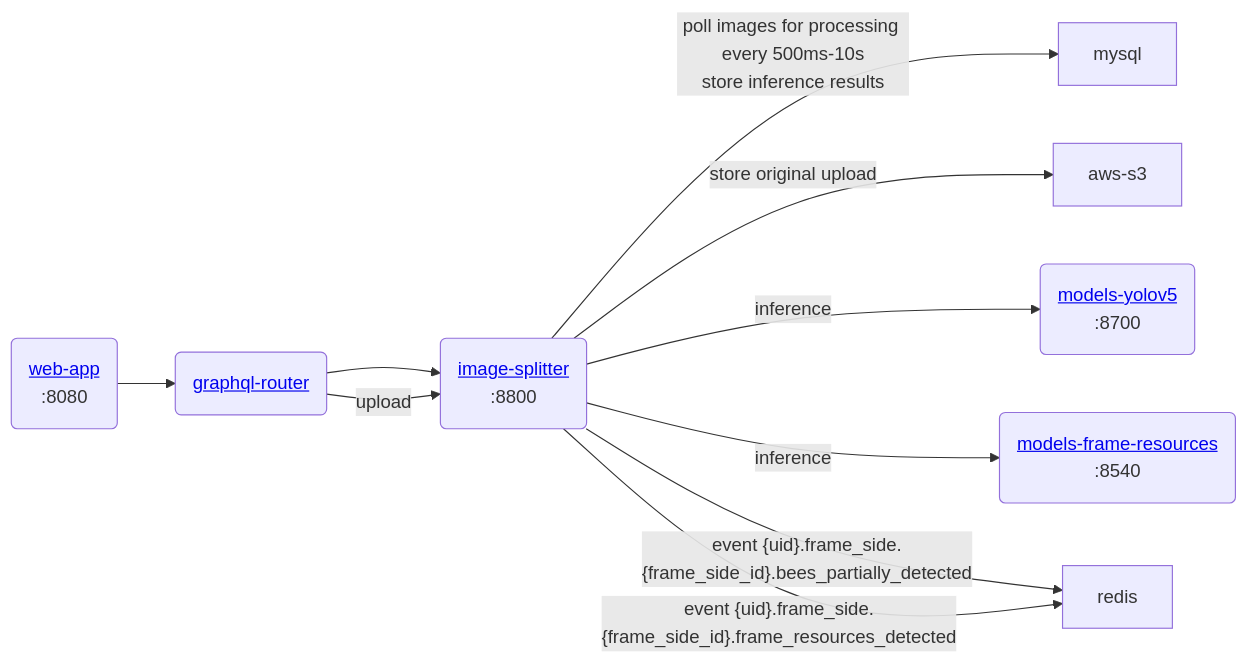
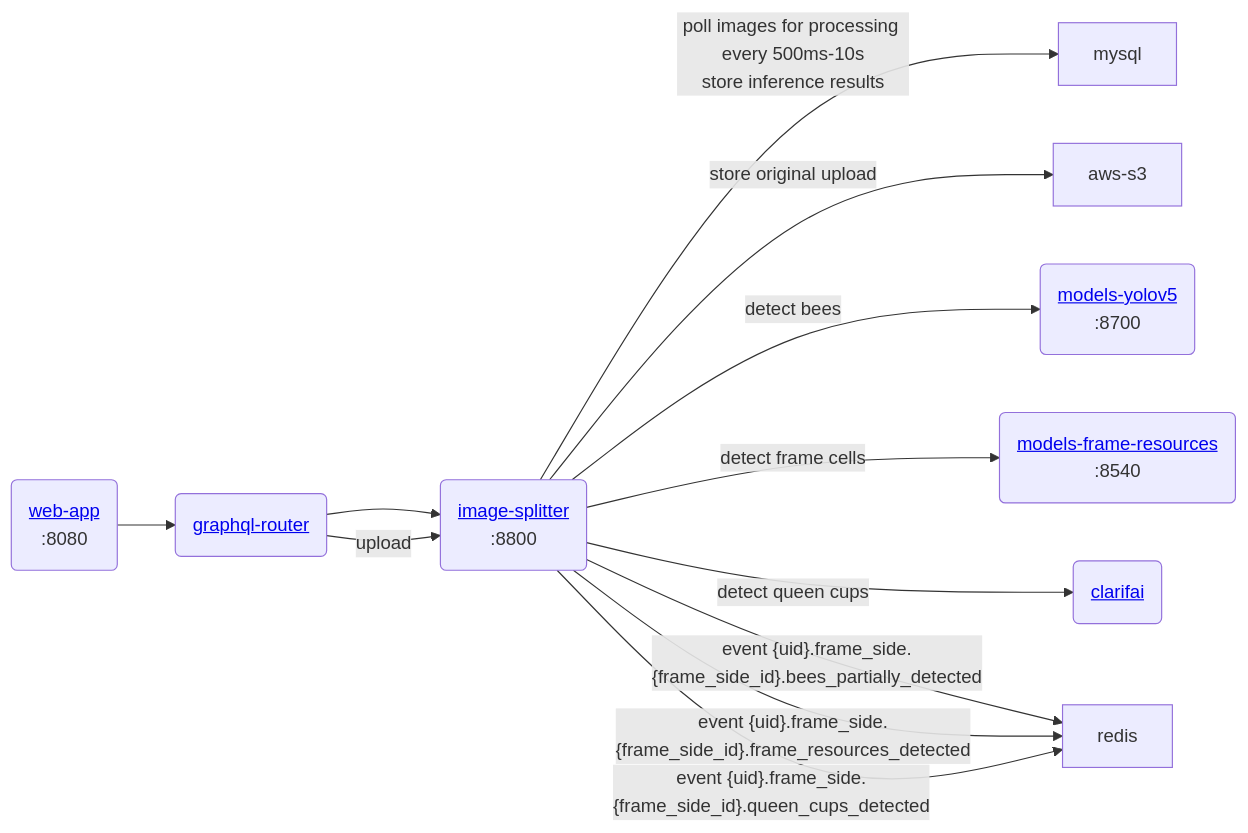
Before and after one commit to Gratheon/image-splitter: the diagram in README.md, drawn with Mermaid. The commit also changed 1 other file, not shown here.

Commit message:
publish queen cups to redis, update readme

````diff
--- a/README.md
+++ b/README.md
@@ -10,10 +10,12 @@
 ```mermaid
 flowchart LR
     web-app("<a href='https://github.com/Gratheon/web-app'>web-app</a>\n:8080") --> graphql-router("<a href='https://github.com/Gratheon/graphql-router'>graphql-router</a>") --> image-splitter("<a href='https://github.com/Gratheon/image-splitter'>image-splitter</a>\n:8800") --"poll images for processing every 500ms-10s\nstore inference results"--> mysql
     graphql-router --upload--> image-splitter --"store original upload"--> aws-s3
-	image-splitter --"inference"--> models-yolov5("<a href='https://github.com/Gratheon/models-yolov5'>models-yolov5</a>\n:8700")
-	image-splitter --"inference"--> models-frame-resources("<a href='https://github.com/Gratheon/models-frame-resources'>models-frame-resources</a>\n:8540")
+	image-splitter --"detect bees"--> models-yolov5("<a href='https://github.com/Gratheon/models-yolov5'>models-yolov5</a>\n:8700")
+	image-splitter --"detect frame cells"--> models-frame-resources("<a href='https://github.com/Gratheon/models-frame-resources'>models-frame-resources</a>\n:8540")
+	image-splitter --"detect queen cups"--> clarifai("<a href='https://clarifai.com'>clarifai</a>")
 
 	image-splitter --"event {uid}.frame_side.{frame_side_id}.bees_partially_detected"--> redis
     image-splitter --"event {uid}.frame_side.{frame_side_id}.frame_resources_detected"--> redis
+    image-splitter --"event {uid}.frame_side.{frame_side_id}.queen_cups_detected"--> redis
 ```
````
